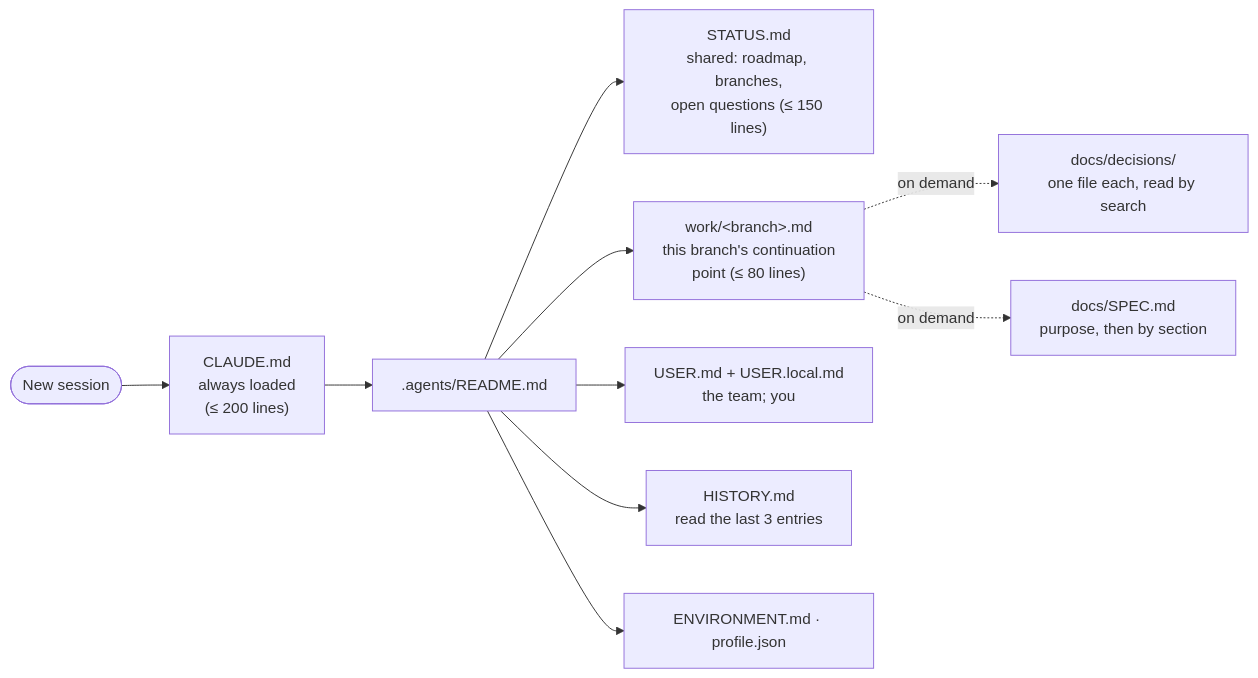
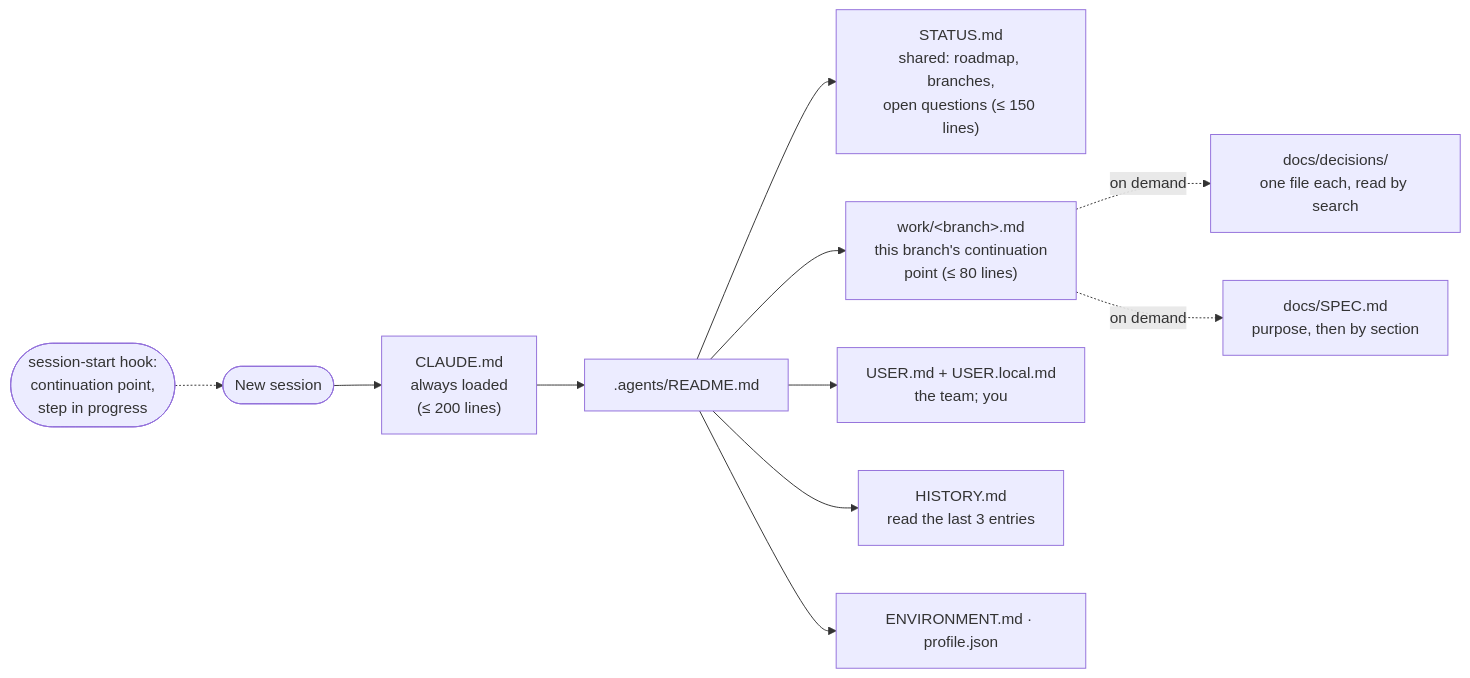
The seventh of 8 diagrams in README.md (chaordic-io/discipline), drawn with Mermaid before and after one commit. The commit also changed other lines of this file and 22 other files, not shown here.

````diff
--- a/README.md
+++ b/README.md
@@ -387,12 +417,13 @@
 ```mermaid
 flowchart LR
+    H(["session-start hook:<br/>continuation point,<br/>step in progress"]) -.-> S
     S([New session]) --> CM["CLAUDE.md<br/>always loaded<br/>(≤ 200 lines)"]
     CM --> RD[".agents/README.md"]
     RD --> ST["STATUS.md<br/>shared: roadmap, branches,<br/>open questions (≤ 150 lines)"]
     RD --> WK["work/&lt;branch&gt;.md<br/>this branch's continuation<br/>point (≤ 80 lines)"]
     RD --> US["USER.md + USER.local.md<br/>the team; you"]
     RD --> HI["HISTORY.md<br/>read the last 3 entries"]
     RD --> EN["ENVIRONMENT.md · profile.json"]
     WK -. "on demand" .-> DE["docs/decisions/<br/>one file each, read by search"]
     WK -. "on demand" .-> SP["docs/SPEC.md<br/>purpose, then by section"]
 ```
````
